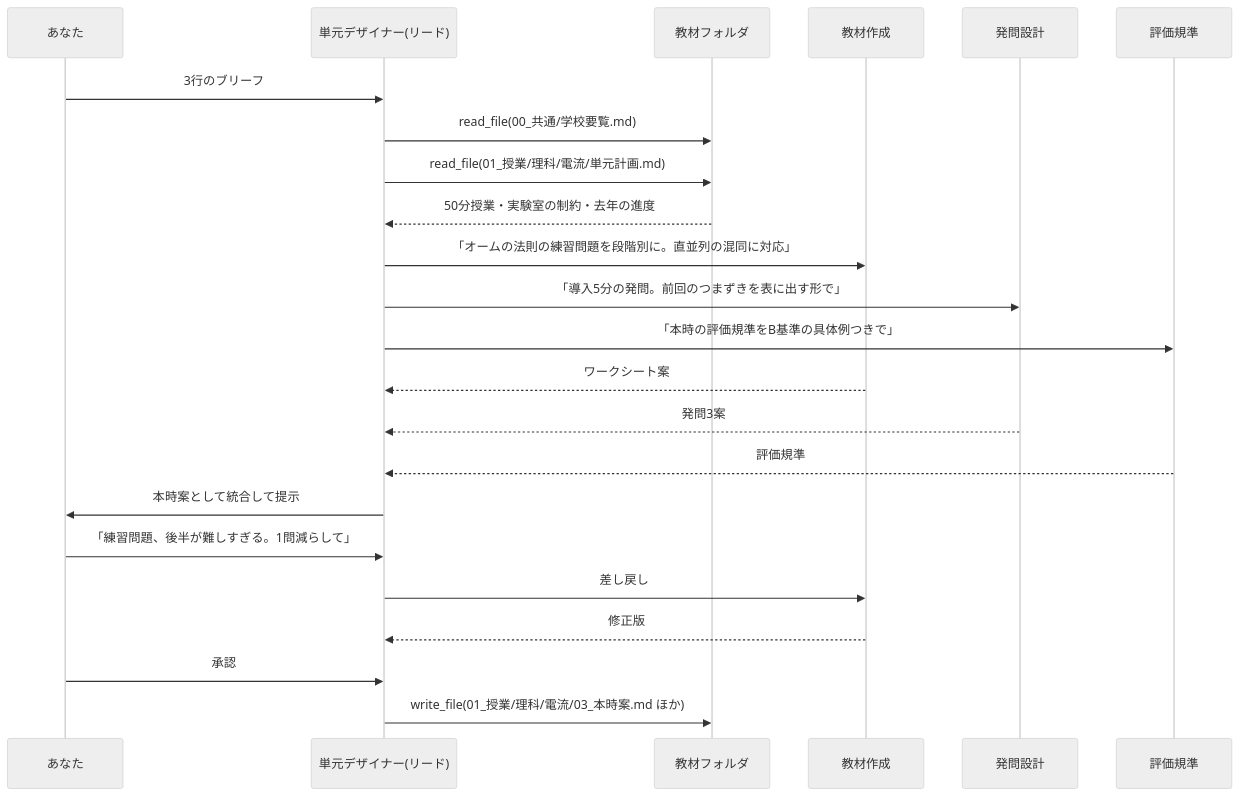
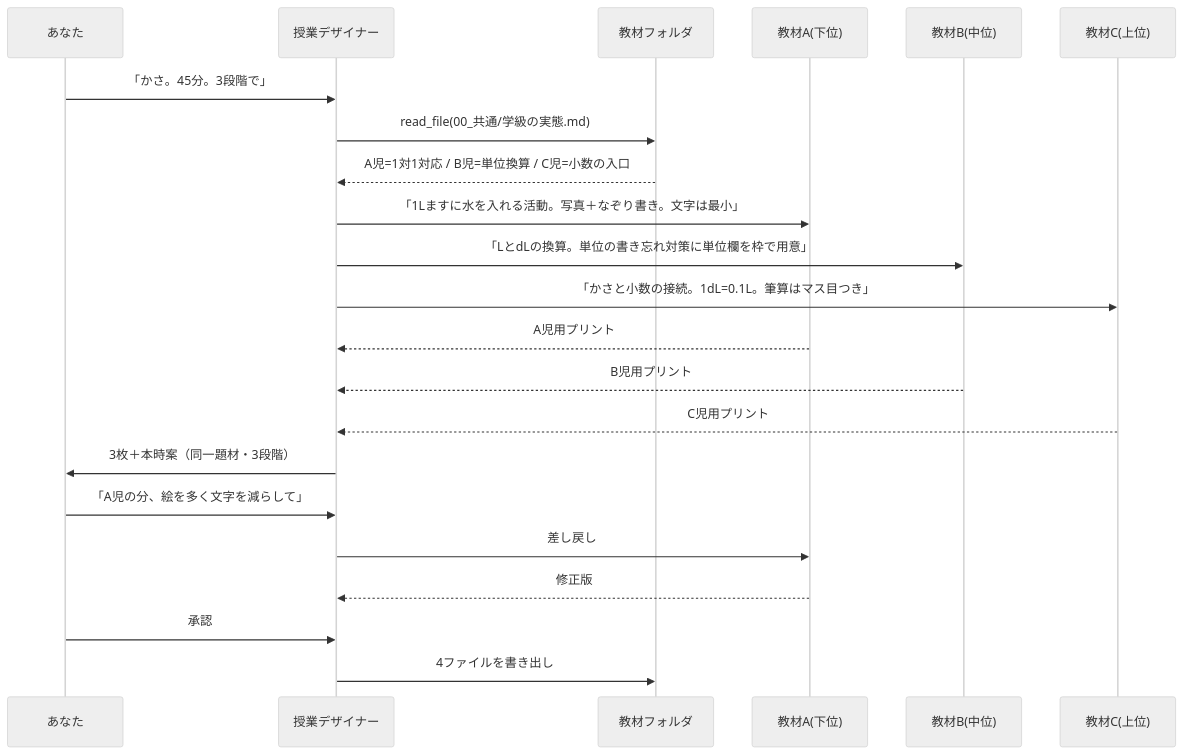
The diagram in docs/teacher-edition-workflow.md (Enn1418/kyouin-daikou-black), drawn with Mermaid (neutral theme) before and after one commit. The commit also changed other lines of this file and 1 other file, not shown here.

````diff
--- a/docs/teacher-edition-workflow.md
+++ b/docs/teacher-edition-workflow.md
@@ -78,26 +108,25 @@
 ```mermaid
 sequenceDiagram
     participant T as あなた
-    participant L as 単元デザイナー(リード)
+    participant L as 授業デザイナー
     participant F as 教材フォルダ
-    participant A as 教材作成
-    participant B as 発問設計
-    participant C as 評価規準
+    participant A as 教材A(下位)
+    participant B as 教材B(中位)
+    participant C as 教材C(上位)
 
-    T->>L: 3行のブリーフ
-    L->>F: read_file(00_共通/学校要覧.md)
-    L->>F: read_file(01_授業/理科/電流/単元計画.md)
-    F-->>L: 50分授業・実験室の制約・去年の進度
-    L->>A: 「オームの法則の練習問題を段階別に。直並列の混同に対応」
-    L->>B: 「導入5分の発問。前回のつまずきを表に出す形で」
-    L->>C: 「本時の評価規準をB基準の具体例つきで」
-    A-->>L: ワークシート案
-    B-->>L: 発問3案
-    C-->>L: 評価規準
-    L->>T: 本時案として統合して提示
-    T->>L: 「練習問題、後半が難しすぎる。1問減らして」
+    T->>L: 「かさ。45分。3段階で」
+    L->>F: read_file(00_共通/学級の実態.md)
+    F-->>L: A児=1対1対応 / B児=単位換算 / C児=小数の入口
+    L->>A: 「1Lますに水を入れる活動。写真＋なぞり書き。文字は最小」
+    L->>B: 「LとdLの換算。単位の書き忘れ対策に単位欄を枠で用意」
+    L->>C: 「かさと小数の接続。1dL=0.1L。筆算はマス目つき」
+    A-->>L: A児用プリント
+    B-->>L: B児用プリント
+    C-->>L: C児用プリント
+    L->>T: 3枚＋本時案（同一題材・3段階）
+    T->>L: 「A児の分、絵を多く文字を減らして」
     L->>A: 差し戻し
     A-->>L: 修正版
     T->>L: 承認
-    L->>F: write_file(01_授業/理科/電流/03_本時案.md ほか)
+    L->>F: 4ファイルを書き出し
 ```
````
